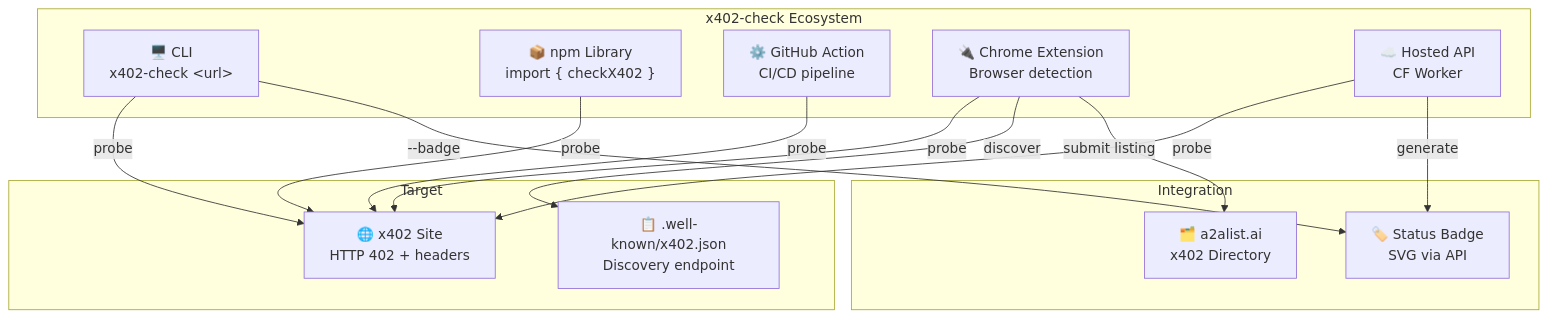
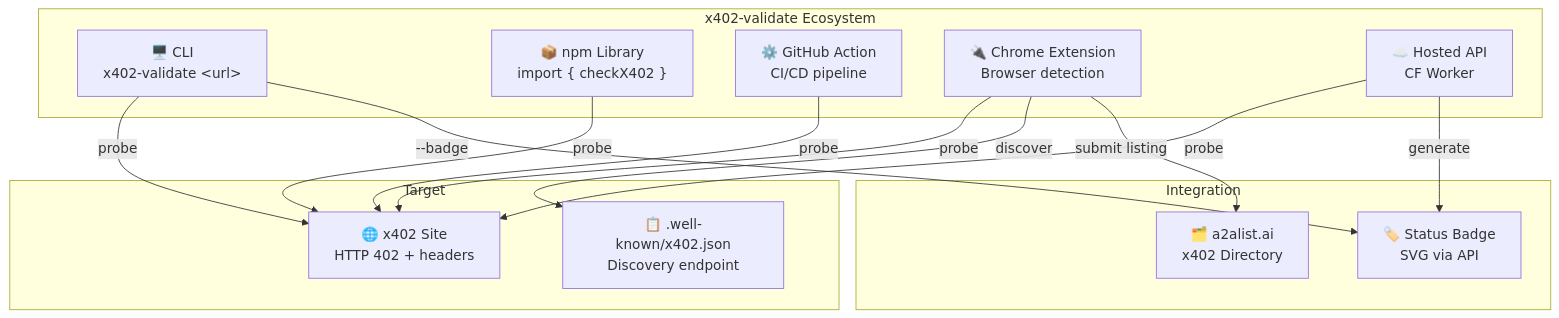
One commit to suryast/x402-check changed the first of 4 diagrams in README.md. Above: the diagram before and after it, drawn with Mermaid. The commit also changed other lines of this file and 4 other files, not shown here.

````diff
--- a/README.md
+++ b/README.md
@@ -15,30 +15,30 @@
 ```mermaid
 graph TB
-    subgraph "x402-check Ecosystem"
-        CLI["🖥️ CLI<br/>x402-check &lt;url&gt;"]
+    subgraph "x402-validate Ecosystem"
+        CLI["🖥️ CLI<br/>x402-validate &lt;url&gt;"]
         LIB["📦 npm Library<br/>import { checkX402 }"]
         ACTION["⚙️ GitHub Action<br/>CI/CD pipeline"]
         EXT["🔌 Chrome Extension<br/>Browser detection"]
         API["☁️ Hosted API<br/>CF Worker"]
     end
 
     subgraph "Target"
         SITE["🌐 x402 Site<br/>HTTP 402 + headers"]
         WELL["📋 .well-known/x402.json<br/>Discovery endpoint"]
     end
 
     subgraph "Integration"
         A2A["🗂️ a2alist.ai<br/>x402 Directory"]
         BADGE["🏷️ Status Badge<br/>SVG via API"]
     end
 
     CLI -->|probe| SITE
     LIB -->|probe| SITE
     ACTION -->|probe| SITE
     EXT -->|probe| SITE
     EXT -->|discover| WELL
     API -->|probe| SITE
     API -->|generate| BADGE
     EXT -->|submit listing| A2A
     CLI -->|"--badge"| BADGE
 ```
````
